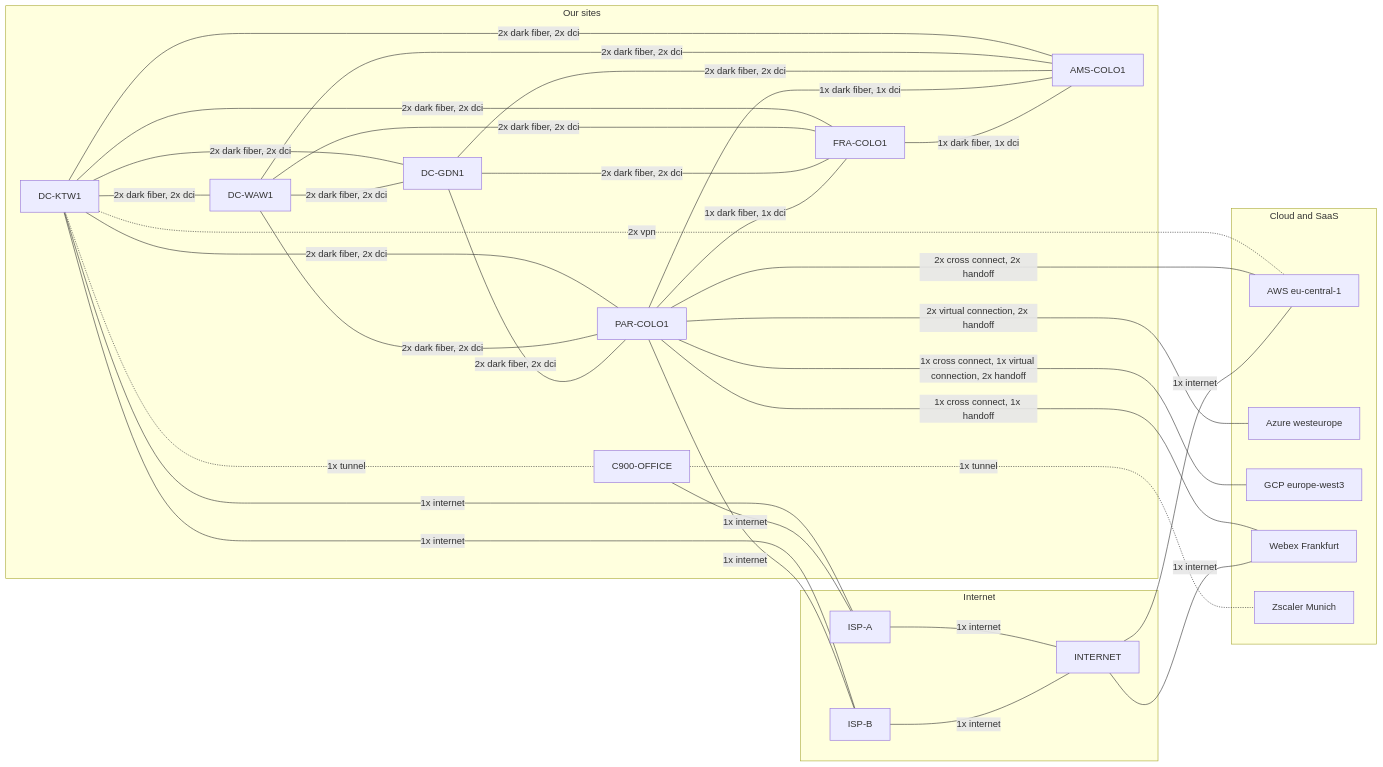
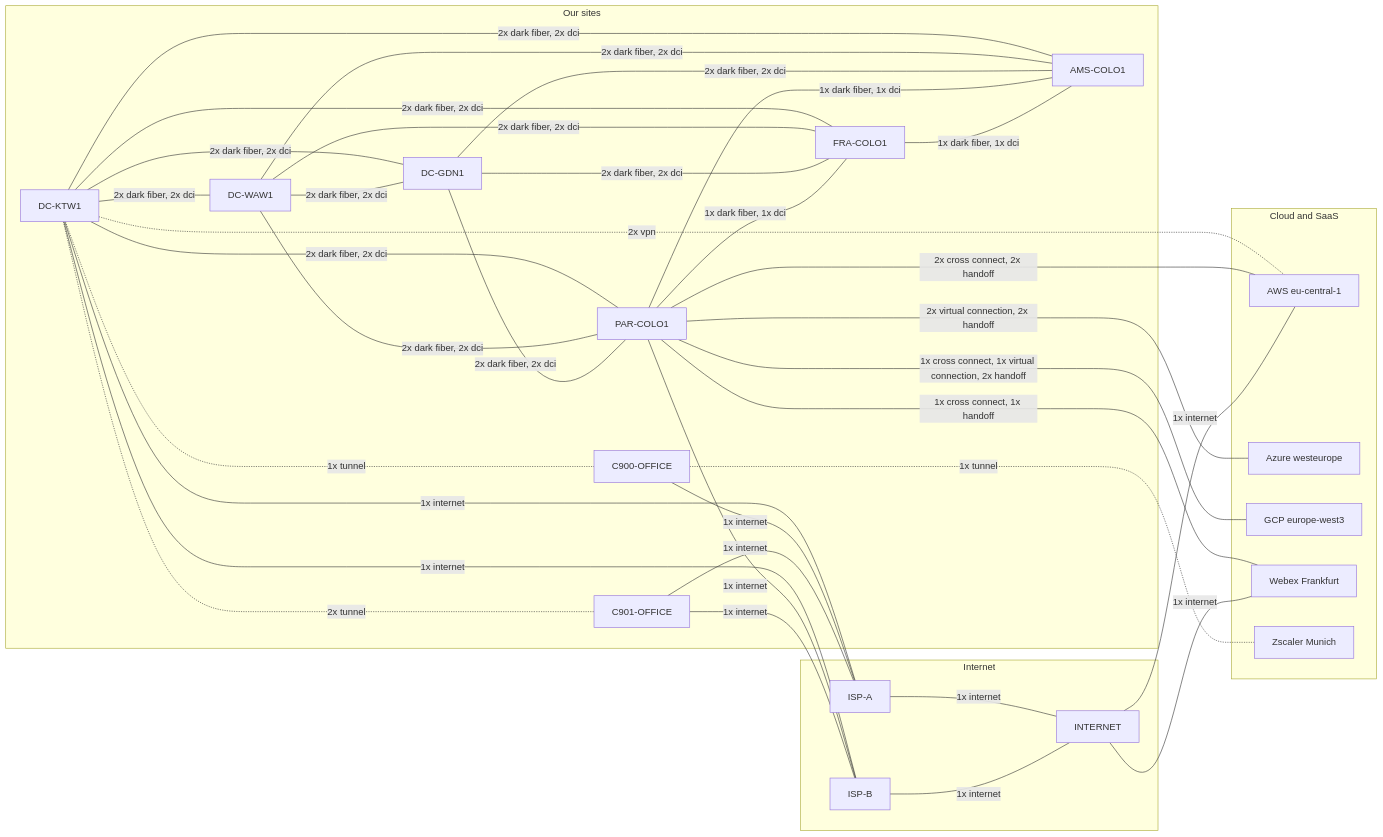
Before and after one commit to t0m3kz/infrahub-demo: the first of 4 diagrams in data/demos/00_full_topology/README.md, drawn with Mermaid. The commit also changed other lines of this file and 53 other files, not shown here.

````diff
--- a/data/demos/00_full_topology/README.md
+++ b/data/demos/00_full_topology/README.md
@@ -81,54 +81,58 @@
 ```mermaid
 flowchart LR
   subgraph SITES["Our sites"]
     DC_KTW1["DC-KTW1"]
     DC_WAW1["DC-WAW1"]
     DC_GDN1["DC-GDN1"]
     PAR_COLO1["PAR-COLO1"]
     FRA_COLO1["FRA-COLO1"]
     AMS_COLO1["AMS-COLO1"]
     C900_OFFICE["C900-OFFICE"]
+    C901_OFFICE["C901-OFFICE"]
   end
   subgraph NET["Internet"]
     ISP_A["ISP-A"]
     ISP_B["ISP-B"]
     INTERNET["INTERNET"]
   end
   subgraph CLOUD["Cloud and SaaS"]
     eu_central_1["AWS eu-central-1"]
     westeurope["Azure westeurope"]
     europe_west3["GCP europe-west3"]
     WEBEX_FRANKFURT["Webex Frankfurt"]
     ZSCALER_MUNICH_I["Zscaler Munich"]
   end
   DC_KTW1 ---|"2x dark fiber, 2x dci"| DC_WAW1
   DC_KTW1 ---|"2x dark fiber, 2x dci"| DC_GDN1
   DC_KTW1 ---|"2x dark fiber, 2x dci"| PAR_COLO1
   DC_KTW1 ---|"2x dark fiber, 2x dci"| FRA_COLO1
   DC_KTW1 ---|"2x dark fiber, 2x dci"| AMS_COLO1
   DC_KTW1 -.-|"1x tunnel"| C900_OFFICE
+  DC_KTW1 -.-|"2x tunnel"| C901_OFFICE
   DC_KTW1 ---|"1x internet"| ISP_A
   DC_KTW1 ---|"1x internet"| ISP_B
   DC_KTW1 -.-|"2x vpn"| eu_central_1
   DC_WAW1 ---|"2x dark fiber, 2x dci"| DC_GDN1
   DC_WAW1 ---|"2x dark fiber, 2x dci"| PAR_COLO1
   DC_WAW1 ---|"2x dark fiber, 2x dci"| FRA_COLO1
   DC_WAW1 ---|"2x dark fiber, 2x dci"| AMS_COLO1
   DC_GDN1 ---|"2x dark fiber, 2x dci"| PAR_COLO1
   DC_GDN1 ---|"2x dark fiber, 2x dci"| FRA_COLO1
   DC_GDN1 ---|"2x dark fiber, 2x dci"| AMS_COLO1
   PAR_COLO1 ---|"1x dark fiber, 1x dci"| FRA_COLO1
   PAR_COLO1 ---|"1x dark fiber, 1x dci"| AMS_COLO1
   PAR_COLO1 ---|"1x internet"| ISP_B
   PAR_COLO1 ---|"2x cross connect, 2x handoff"| eu_central_1
   PAR_COLO1 ---|"2x virtual connection, 2x handoff"| westeurope
   PAR_COLO1 ---|"1x cross connect, 1x virtual connection, 2x handoff"| europe_west3
   PAR_COLO1 ---|"1x cross connect, 1x handoff"| WEBEX_FRANKFURT
   FRA_COLO1 ---|"1x dark fiber, 1x dci"| AMS_COLO1
   C900_OFFICE ---|"1x internet"| ISP_A
   C900_OFFICE -.-|"1x tunnel"| ZSCALER_MUNICH_I
+  C901_OFFICE ---|"1x internet"| ISP_A
+  C901_OFFICE ---|"1x internet"| ISP_B
   ISP_A ---|"1x internet"| INTERNET
   ISP_B ---|"1x internet"| INTERNET
   INTERNET ---|"1x internet"| eu_central_1
   INTERNET ---|"1x internet"| WEBEX_FRANKFURT
 ```
````
